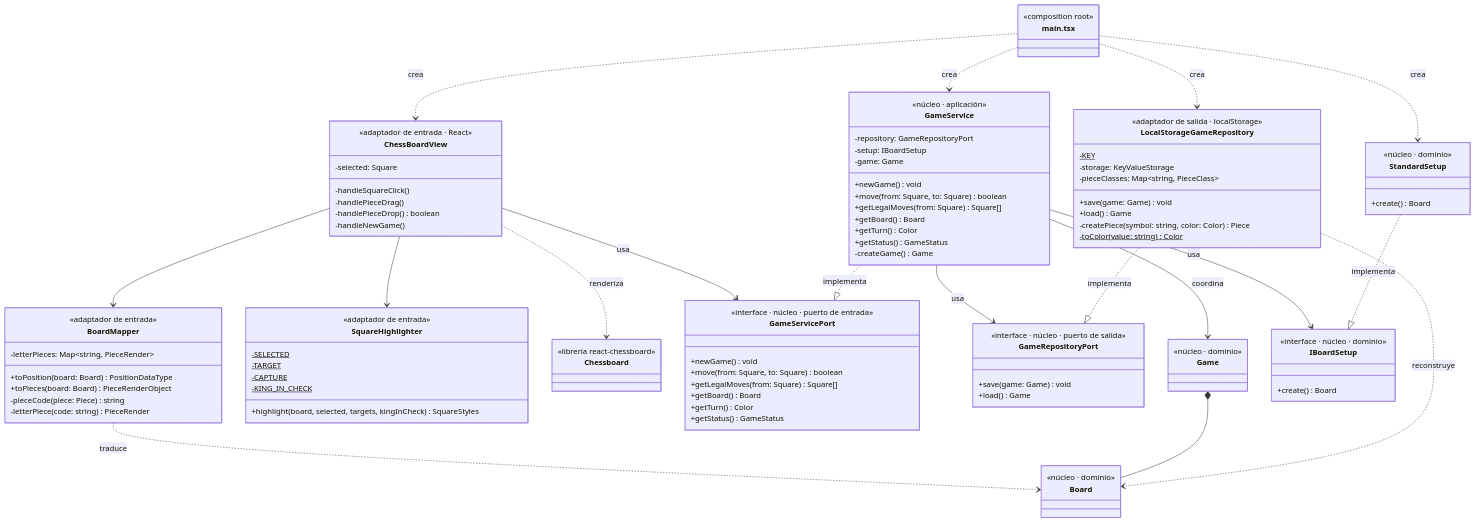
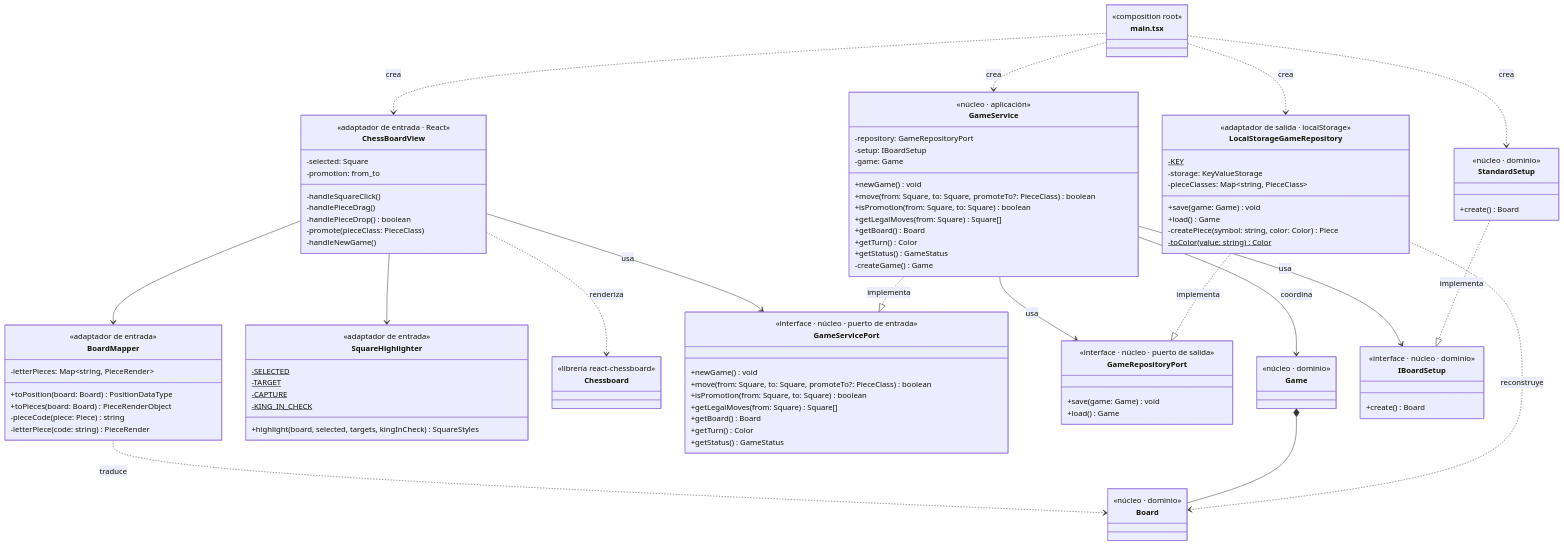
The second of 3 diagrams in docs/diagrama-clases.md (G-Mazzeo/ajedrez_tp_inge_software), drawn with Mermaid before and after one commit. The commit also changed other lines of this file and 10 other files, not shown here.

```diff
--- a/docs/diagrama-clases.md
+++ b/docs/diagrama-clases.md
@@ -75,9 +75,11 @@
   class ChessBoardView {
     <<adaptador de entrada · React>>
     -selected: Square
+    -promotion: from_to
     -handleSquareClick()
     -handlePieceDrag()
     -handlePieceDrop() boolean
+    -promote(pieceClass: PieceClass)
     -handleNewGame()
   }
   class BoardMapper {
@@ -103,7 +105,8 @@
   class GameServicePort {
     <<interface · núcleo · puerto de entrada>>
     +newGame() void
-    +move(from: Square, to: Square) boolean
+    +move(from: Square, to: Square, promoteTo?: PieceClass) boolean
+    +isPromotion(from: Square, to: Square) boolean
     +getLegalMoves(from: Square) Square[]
     +getBoard() Board
     +getTurn() Color
@@ -115,7 +118,8 @@
     -setup: IBoardSetup
     -game: Game
     +newGame() void
-    +move(from: Square, to: Square) boolean
+    +move(from: Square, to: Square, promoteTo?: PieceClass) boolean
+    +isPromotion(from: Square, to: Square) boolean
     +getLegalMoves(from: Square) Square[]
     +getBoard() Board
     +getTurn() Color
```
